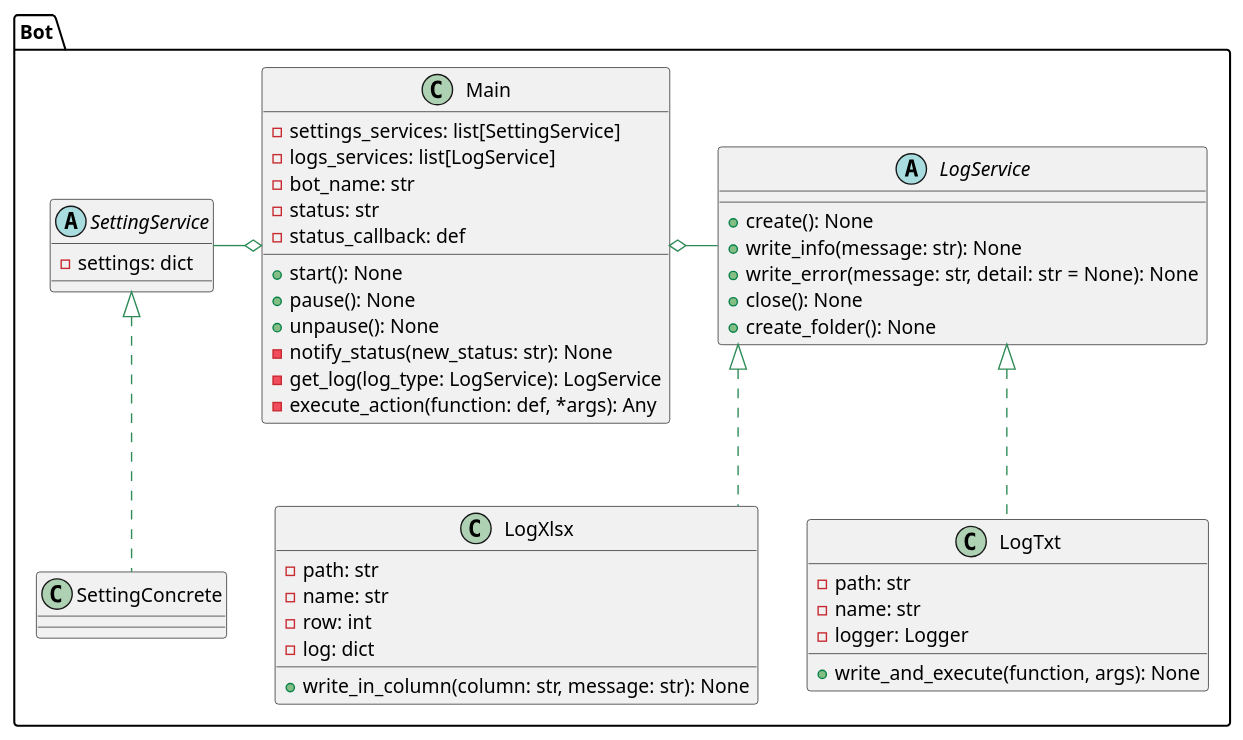
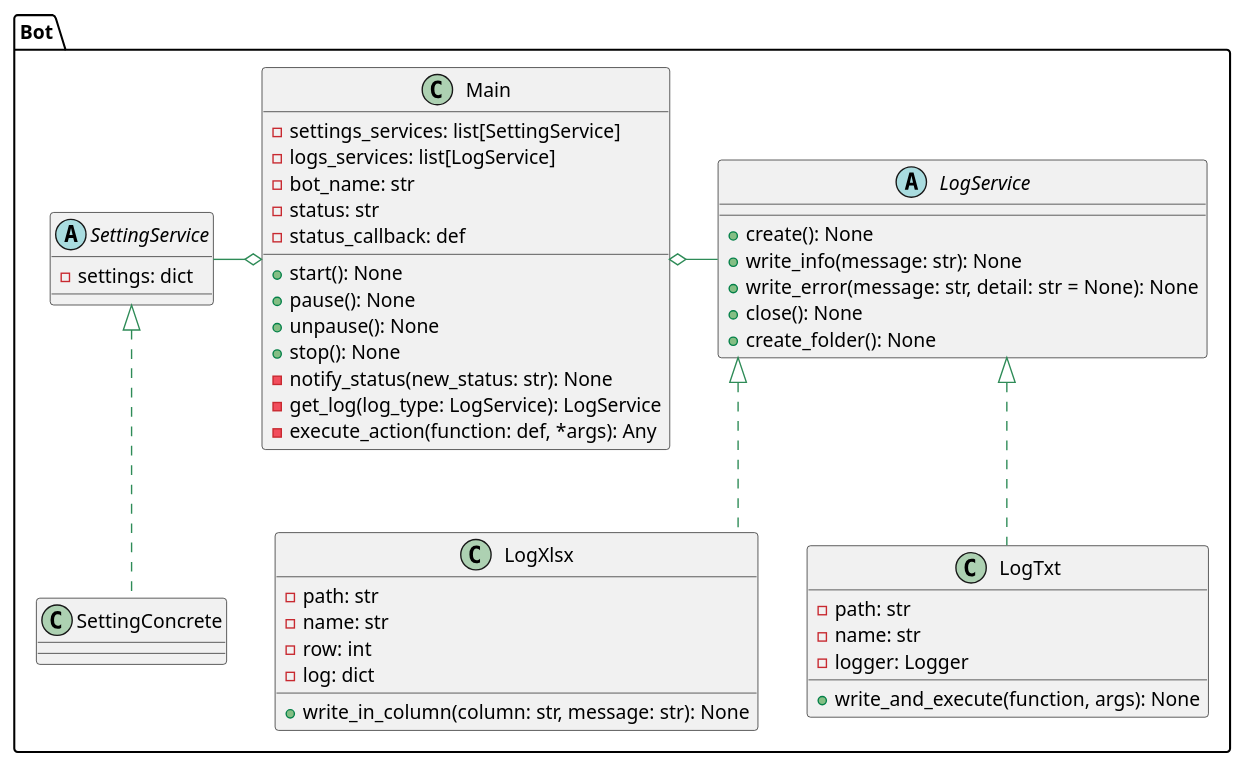
The diagram in diagram.puml (Gabs343/Template-bot), drawn with PlantUML before and after one commit.

Commit message:
diagram updated

```diff
--- a/diagram.puml
+++ b/diagram.puml
@@ -1,60 +1,61 @@
 @startuml  
 skinparam {
     linetype ortho
     ArrowColor SeaGreen
 }
 
 package Bot{
     class Main{
         - settings_services: list[SettingService]
         - logs_services: list[LogService]
         - bot_name: str
         - status: str
         - status_callback: def
         + start(): None
         + pause(): None
         + unpause(): None
+        + stop(): None
         - notify_status(new_status: str): None
         - get_log(log_type: LogService): LogService
         - execute_action(function: def, *args): Any
     }
 
     abstract SettingService{
         - settings: dict
     }
     class SettingConcrete{}
 
     abstract LogService{
         + create(): None
         + write_info(message: str): None
         + write_error(message: str, detail: str = None): None
         + close(): None
         + create_folder(): None
     }
 
     class LogTxt{
         - path: str
         - name: str
         - logger: Logger
 
         + write_and_execute(function, args): None
     }
 
     class LogXlsx{
         - path: str
         - name: str
         - row: int
         - log: dict
 
         + write_in_column(column: str, message: str): None
     }
 }
 
 Main o-left- SettingService
 Main o-right- LogService
 
 SettingService <|.. SettingConcrete
 LogService <|.. LogTxt
 LogService <|.. LogXlsx
 
 @enduml 
```
